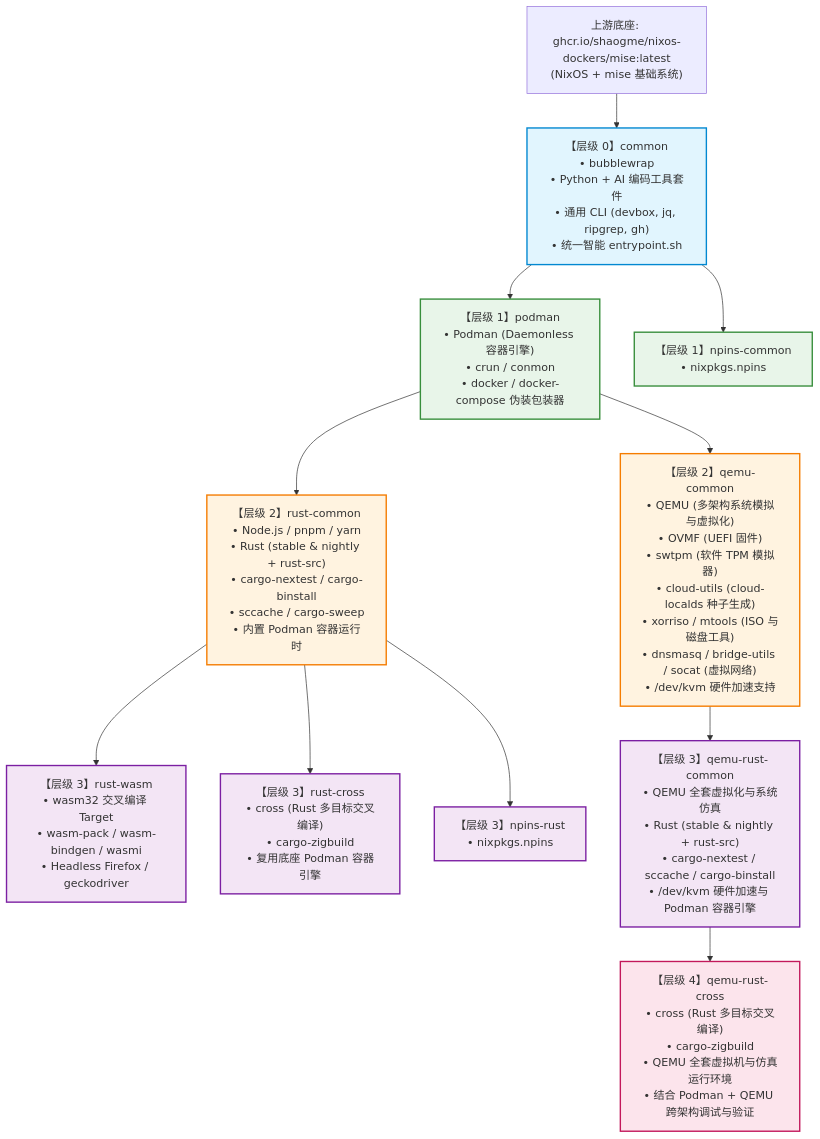
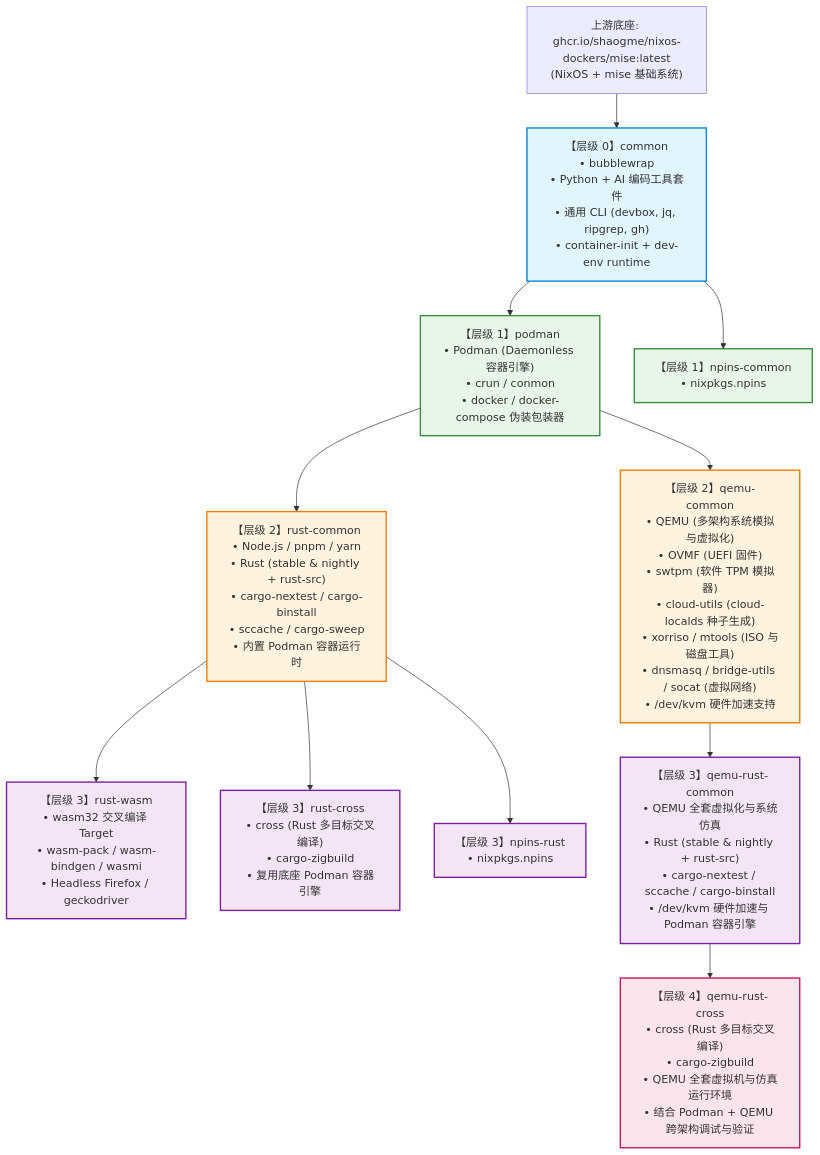
Before and after one commit to shaogme/coding-images: the first of 5 diagrams in README.md, drawn with Mermaid. The commit also changed other lines of this file and 54 other files, not shown here.

````diff
--- a/README.md
+++ b/README.md
@@ -62,47 +62,47 @@
 ```mermaid
 flowchart TD
     Upstream["上游底座: ghcr.io/shaogme/nixos-dockers/mise:latest<br/>(NixOS + mise 基础系统)"]
     
-    Common["【层级 0】common<br/>• bubblewrap<br/>• Python + AI 编码工具套件<br/>• 通用 CLI (devbox, jq, ripgrep, gh)<br/>• 统一智能 entrypoint.sh"]
+    Common["【层级 0】common<br/>• bubblewrap<br/>• Python + AI 编码工具套件<br/>• 通用 CLI (devbox, jq, ripgrep, gh)<br/>• container-init + dev-env runtime"]
 
     Podman["【层级 1】podman<br/>• Podman (Daemonless 容器引擎)<br/>• crun / conmon<br/>• docker / docker-compose 伪装包装器"]
     
     NpinsCommon["【层级 1】npins-common<br/>• nixpkgs.npins"]
 
     RustCommon["【层级 2】rust-common<br/>• Node.js / pnpm / yarn<br/>• Rust (stable & nightly + rust-src)<br/>• cargo-nextest / cargo-binstall<br/>• sccache / cargo-sweep<br/>• 内置 Podman 容器运行时"]
 
     QemuCommon["【层级 2】qemu-common<br/>• QEMU (多架构系统模拟与虚拟化)<br/>• OVMF (UEFI 固件)<br/>• swtpm (软件 TPM 模拟器)<br/>• cloud-utils (cloud-localds 种子生成)<br/>• xorriso / mtools (ISO 与磁盘工具)<br/>• dnsmasq / bridge-utils / socat (虚拟网络)<br/>• /dev/kvm 硬件加速支持"]
     
     RustWasm["【层级 3】rust-wasm<br/>• wasm32 交叉编译 Target<br/>• wasm-pack / wasm-bindgen / wasmi<br/>• Headless Firefox / geckodriver"]
     
     RustCross["【层级 3】rust-cross<br/>• cross (Rust 多目标交叉编译)<br/>• cargo-zigbuild<br/>• 复用底座 Podman 容器引擎"]
 
     NpinsRust["【层级 3】npins-rust<br/>• nixpkgs.npins"]
 
     QemuRustCommon["【层级 3】qemu-rust-common<br/>• QEMU 全套虚拟化与系统仿真<br/>• Rust (stable & nightly + rust-src)<br/>• cargo-nextest / sccache / cargo-binstall<br/>• /dev/kvm 硬件加速与 Podman 容器引擎"]
 
     QemuRustCross["【层级 4】qemu-rust-cross<br/>• cross (Rust 多目标交叉编译)<br/>• cargo-zigbuild<br/>• QEMU 全套虚拟机与仿真运行环境<br/>• 结合 Podman + QEMU 跨架构调试与验证"]
 
     Upstream --> Common
     Common --> Podman
     Common --> NpinsCommon
     Podman --> RustCommon
     Podman --> QemuCommon
     RustCommon --> NpinsRust
     RustCommon --> RustWasm
     RustCommon --> RustCross
     QemuCommon --> QemuRustCommon
     QemuRustCommon --> QemuRustCross
 
     classDef base fill:#e1f5fe,stroke:#0288d1,stroke-width:2px;
     classDef l1 fill:#e8f5e9,stroke:#388e3c,stroke-width:2px;
     classDef l2 fill:#fff3e0,stroke:#f57c00,stroke-width:2px;
     classDef l3 fill:#f3e5f5,stroke:#7b1fa2,stroke-width:2px;
     classDef l4 fill:#fce4ec,stroke:#c2185b,stroke-width:2px;
 
     class Common base;
     class Podman,NpinsCommon l1;
     class RustCommon,QemuCommon l2;
     class NpinsRust,RustWasm,RustCross,QemuRustCommon l3;
     class QemuRustCross l4;
 ```
````
